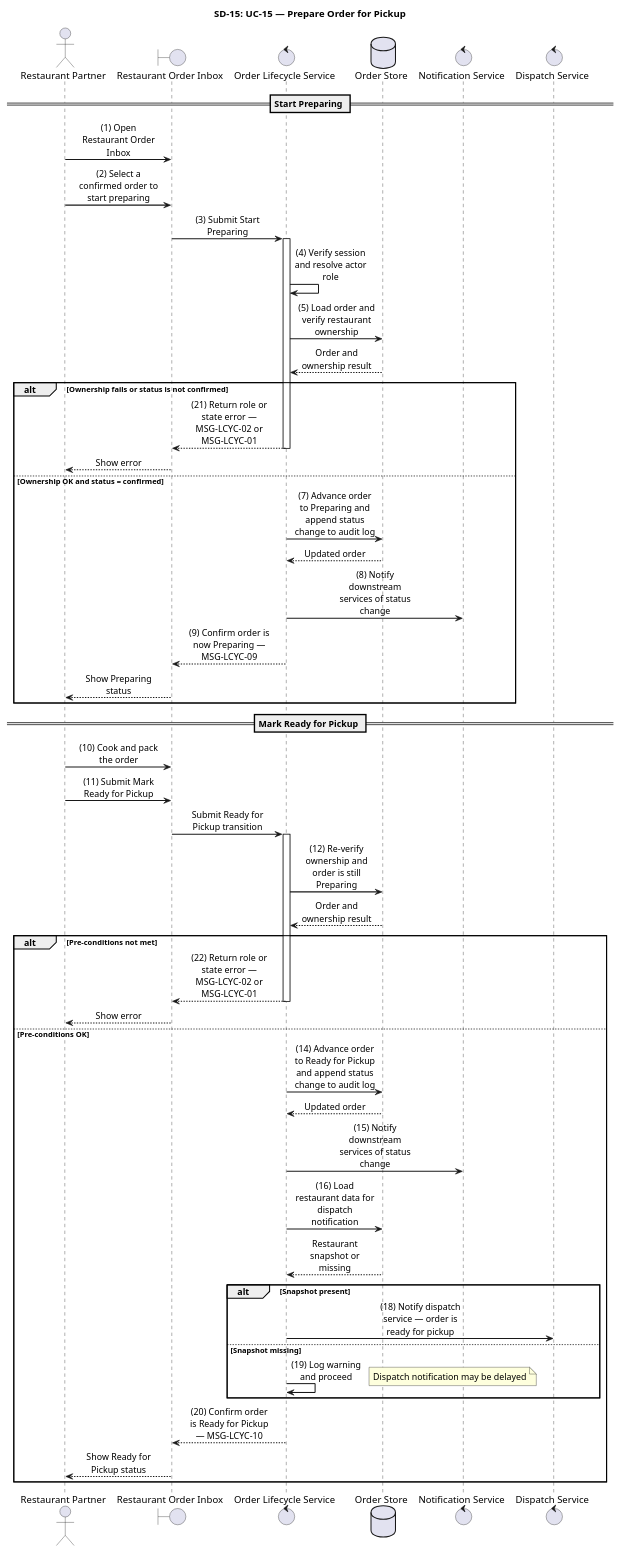
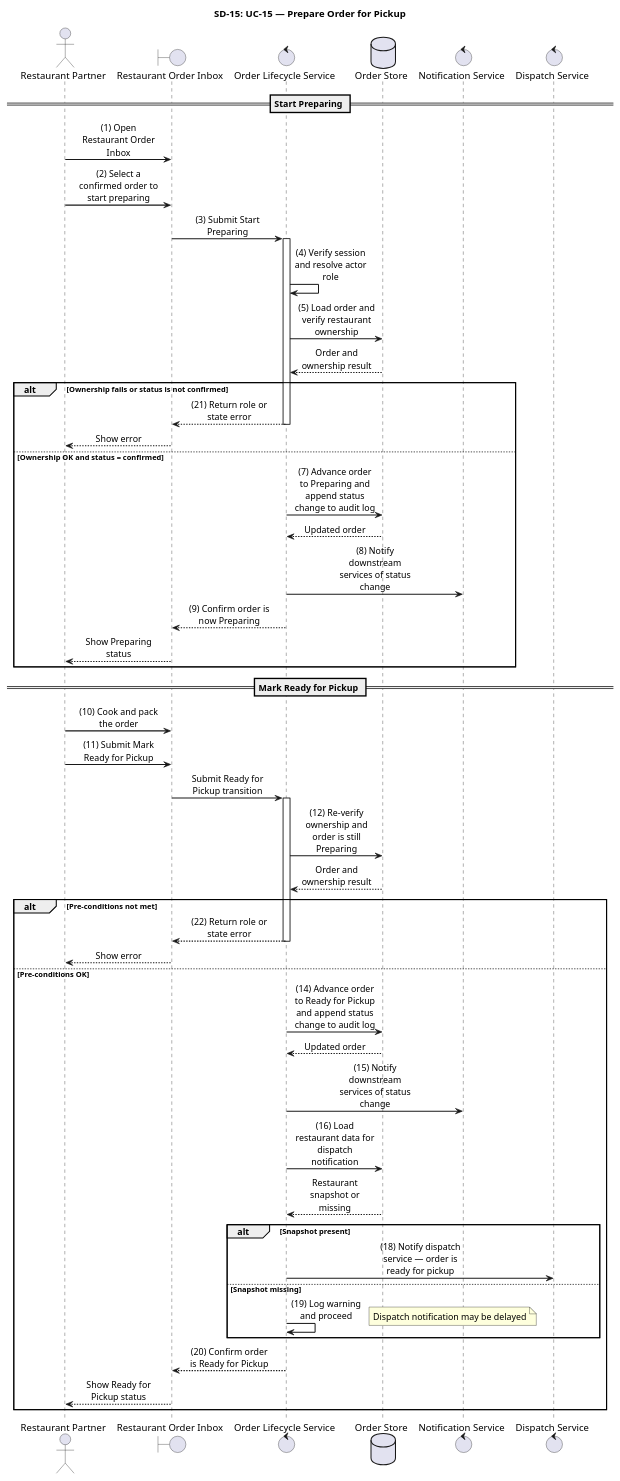
Diagram 15 of 35 in apps/api/docs/Final_Documents/SRS_SequenceDiagrams.md (luubinhdeptrai/Food_Delivery), drawn with PlantUML before and after one commit. The commit also changed other lines of this file, not shown here.

Commit message:
complete sequence diagram

````diff
--- a/apps/api/docs/Final_Documents/SRS_SequenceDiagrams.md
+++ b/apps/api/docs/Final_Documents/SRS_SequenceDiagrams.md
@@ -1219,81 +1228,81 @@
 ```plantuml
 @startuml SD-15_PrepareOrderForPickup
 
 skinparam shadowing false
 skinparam sequenceMessageAlign center
 skinparam responseMessageBelowArrow true
 skinparam maxMessageSize 120
 skinparam sequenceArrowThickness 1.5
 skinparam ParticipantPadding 20
 skinparam BoxPadding 10
 
 title SD-15: UC-15 — Prepare Order for Pickup
 
 actor "Restaurant Partner" as Partner
 boundary "Restaurant Order Inbox" as UI
 control "Order Lifecycle Service" as LifecycleSvc
 database "Order Store" as OrderDB
 control "Notification Service" as NotifSvc
 control "Dispatch Service" as DispatchSvc
 
 autonumber stop
 
 == Start Preparing ==
 
 Partner -> UI : (1) Open Restaurant Order Inbox
 Partner -> UI : (2) Select a confirmed order to start preparing
 UI -> LifecycleSvc : (3) Submit Start Preparing
 activate LifecycleSvc
 
 LifecycleSvc -> LifecycleSvc : (4) Verify session and resolve actor role
 LifecycleSvc -> OrderDB : (5) Load order and verify restaurant ownership
 OrderDB --> LifecycleSvc : Order and ownership result
 
 alt Ownership fails or status is not confirmed
-    LifecycleSvc --> UI : (21) Return role or state error — MSG-LCYC-02 or MSG-LCYC-01
+    LifecycleSvc --> UI : (21) Return role or state error
     deactivate LifecycleSvc
     UI --> Partner : Show error
 else Ownership OK and status = confirmed
     LifecycleSvc -> OrderDB : (7) Advance order to Preparing and append status change to audit log
     OrderDB --> LifecycleSvc : Updated order
     LifecycleSvc -> NotifSvc : (8) Notify downstream services of status change
-    LifecycleSvc --> UI : (9) Confirm order is now Preparing — MSG-LCYC-09
+    LifecycleSvc --> UI : (9) Confirm order is now Preparing
     deactivate LifecycleSvc
     UI --> Partner : Show Preparing status
 end
 
 == Mark Ready for Pickup ==
 
 Partner -> UI : (10) Cook and pack the order
 Partner -> UI : (11) Submit Mark Ready for Pickup
 UI -> LifecycleSvc : Submit Ready for Pickup transition
 activate LifecycleSvc
 
 LifecycleSvc -> OrderDB : (12) Re-verify ownership and order is still Preparing
 OrderDB --> LifecycleSvc : Order and ownership result
 
 alt Pre-conditions not met
-    LifecycleSvc --> UI : (22) Return role or state error — MSG-LCYC-02 or MSG-LCYC-01
+    LifecycleSvc --> UI : (22) Return role or state error
     deactivate LifecycleSvc
     UI --> Partner : Show error
 else Pre-conditions OK
     LifecycleSvc -> OrderDB : (14) Advance order to Ready for Pickup and append status change to audit log
     OrderDB --> LifecycleSvc : Updated order
     LifecycleSvc -> NotifSvc : (15) Notify downstream services of status change
     LifecycleSvc -> OrderDB : (16) Load restaurant data for dispatch notification
     OrderDB --> LifecycleSvc : Restaurant snapshot or missing
 
     alt Snapshot present
         LifecycleSvc -> DispatchSvc : (18) Notify dispatch service — order is ready for pickup
     else Snapshot missing
         LifecycleSvc -> LifecycleSvc : (19) Log warning and proceed
 note right : Dispatch notification may be delayed
     end
 
-    LifecycleSvc --> UI : (20) Confirm order is Ready for Pickup — MSG-LCYC-10
+    LifecycleSvc --> UI : (20) Confirm order is Ready for Pickup
     deactivate LifecycleSvc
     UI --> Partner : Show Ready for Pickup status
 end
 
 @enduml
 ```
````
